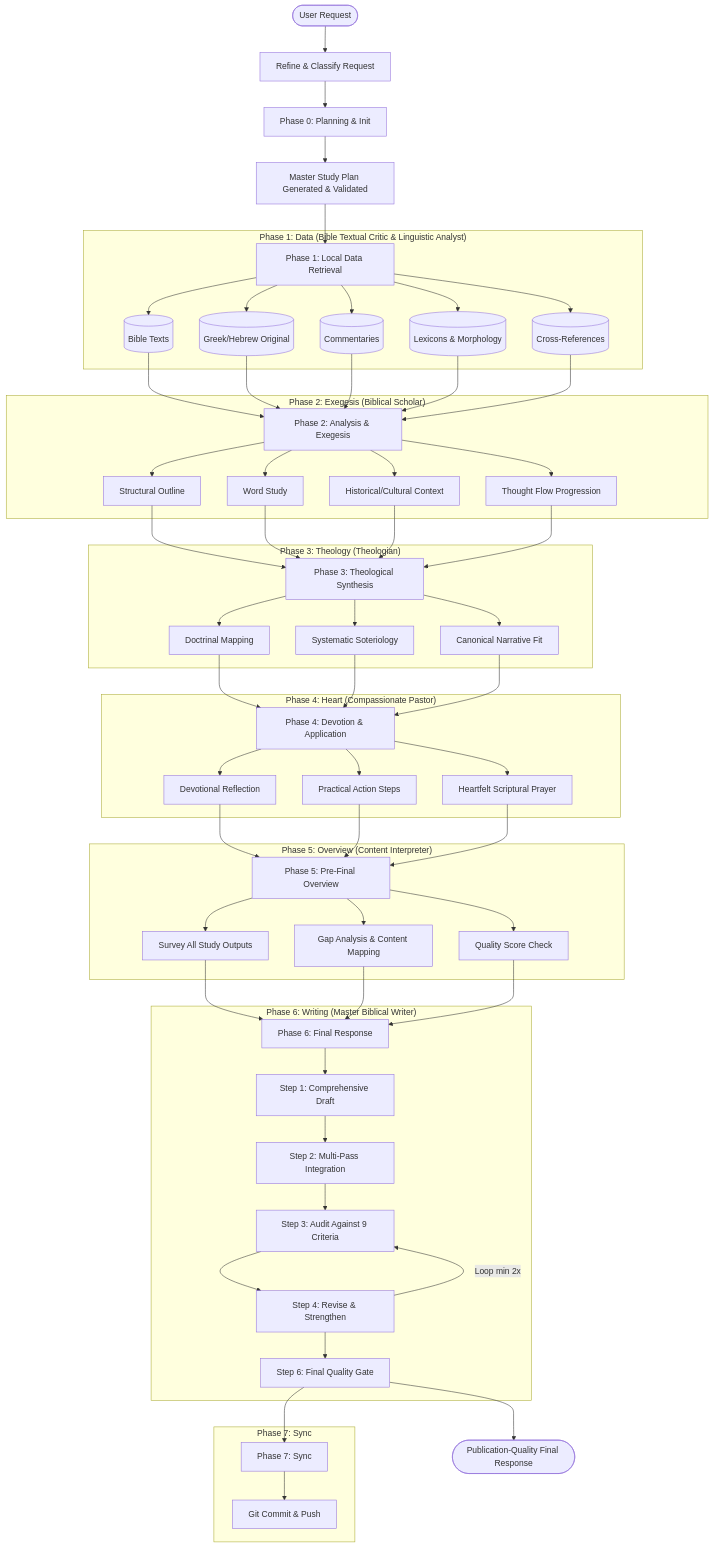
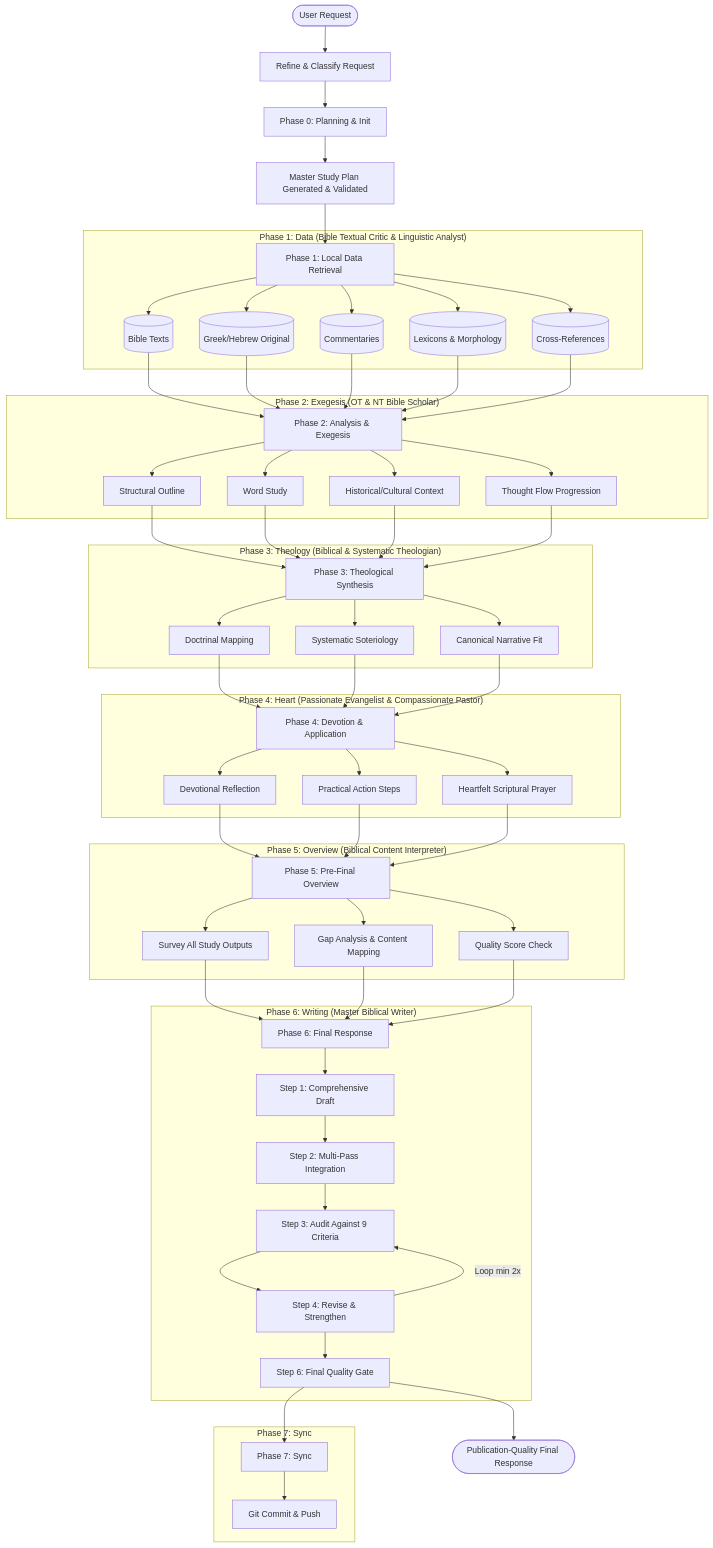
One commit to eliranwong/biblemate-agentic-workspace changed the diagram in README.md. Above: the diagram before and after it, drawn with Mermaid.

Commit message:
docs: update persona names in README workflow architecture mermaid diagram

````diff
--- a/README.md
+++ b/README.md
@@ -47,61 +47,61 @@
 ```mermaid
 graph TD
     User(["User Request"]) --> Refine["Refine & Classify Request"]
     Refine --> Phase0["Phase 0: Planning & Init"]
     Phase0 --> Plan["Master Study Plan Generated & Validated"]
 
     Plan --> Phase1["Phase 1: Local Data Retrieval"]
     subgraph Phase1_Sub ["Phase 1: Data (Bible Textual Critic & Linguistic Analyst)"]
         Phase1 --> Db1[("Bible Texts")]
         Phase1 --> Db2[("Greek/Hebrew Original")]
         Phase1 --> Db3[("Commentaries")]
         Phase1 --> Db4[("Lexicons & Morphology")]
         Phase1 --> Db5[("Cross-References")]
     end
 
     Db1 & Db2 & Db3 & Db4 & Db5 --> Phase2["Phase 2: Analysis & Exegesis"]
-    subgraph Phase2_Sub ["Phase 2: Exegesis (Biblical Scholar)"]
+    subgraph Phase2_Sub ["Phase 2: Exegesis (OT & NT Bible Scholar)"]
         Phase2 --> Outline["Structural Outline"]
         Phase2 --> Keywords["Word Study"]
         Phase2 --> Context["Historical/Cultural Context"]
         Phase2 --> Flow["Thought Flow Progression"]
     end
 
     Outline & Keywords & Context & Flow --> Phase3["Phase 3: Theological Synthesis"]
-    subgraph Phase3_Sub ["Phase 3: Theology (Theologian)"]
+    subgraph Phase3_Sub ["Phase 3: Theology (Biblical & Systematic Theologian)"]
         Phase3 --> Themes["Doctrinal Mapping"]
         Phase3 --> Systematic["Systematic Soteriology"]
         Phase3 --> Canon["Canonical Narrative Fit"]
     end
 
     Themes & Systematic & Canon --> Phase4["Phase 4: Devotion & Application"]
-    subgraph Phase4_Sub ["Phase 4: Heart (Compassionate Pastor)"]
+    subgraph Phase4_Sub ["Phase 4: Heart (Passionate Evangelist & Compassionate Pastor)"]
         Phase4 --> Devotion["Devotional Reflection"]
         Phase4 --> Application["Practical Action Steps"]
         Phase4 --> Prayer["Heartfelt Scriptural Prayer"]
     end
 
     Devotion & Application & Prayer --> Phase5["Phase 5: Pre-Final Overview"]
-    subgraph Phase5_Sub ["Phase 5: Overview (Content Interpreter)"]
+    subgraph Phase5_Sub ["Phase 5: Overview (Biblical Content Interpreter)"]
         Phase5 --> Survey["Survey All Study Outputs"]
         Phase5 --> GapCheck["Gap Analysis & Content Mapping"]
         Phase5 --> QualScore["Quality Score Check"]
     end
 
     Survey & GapCheck & QualScore --> Phase6["Phase 6: Final Response"]
     subgraph Phase6_Sub ["Phase 6: Writing (Master Biblical Writer)"]
         Phase6 --> Draft["Step 1: Comprehensive Draft"]
         Draft --> Integrate["Step 2: Multi-Pass Integration"]
         Integrate --> Audit["Step 3: Audit Against 9 Criteria"]
         Audit --> Revise["Step 4: Revise & Strengthen"]
         Revise -->|"Loop min 2x"| Audit
         Revise --> FinalGate["Step 6: Final Quality Gate"]
     end
 
     FinalGate --> Phase7["Phase 7: Sync"]
     subgraph Phase7_Sub ["Phase 7: Sync"]
         Phase7 --> GitSync["Git Commit & Push"]
     end
 
     FinalGate --> FinalUser(["Publication-Quality Final Response"])
 ```
````
